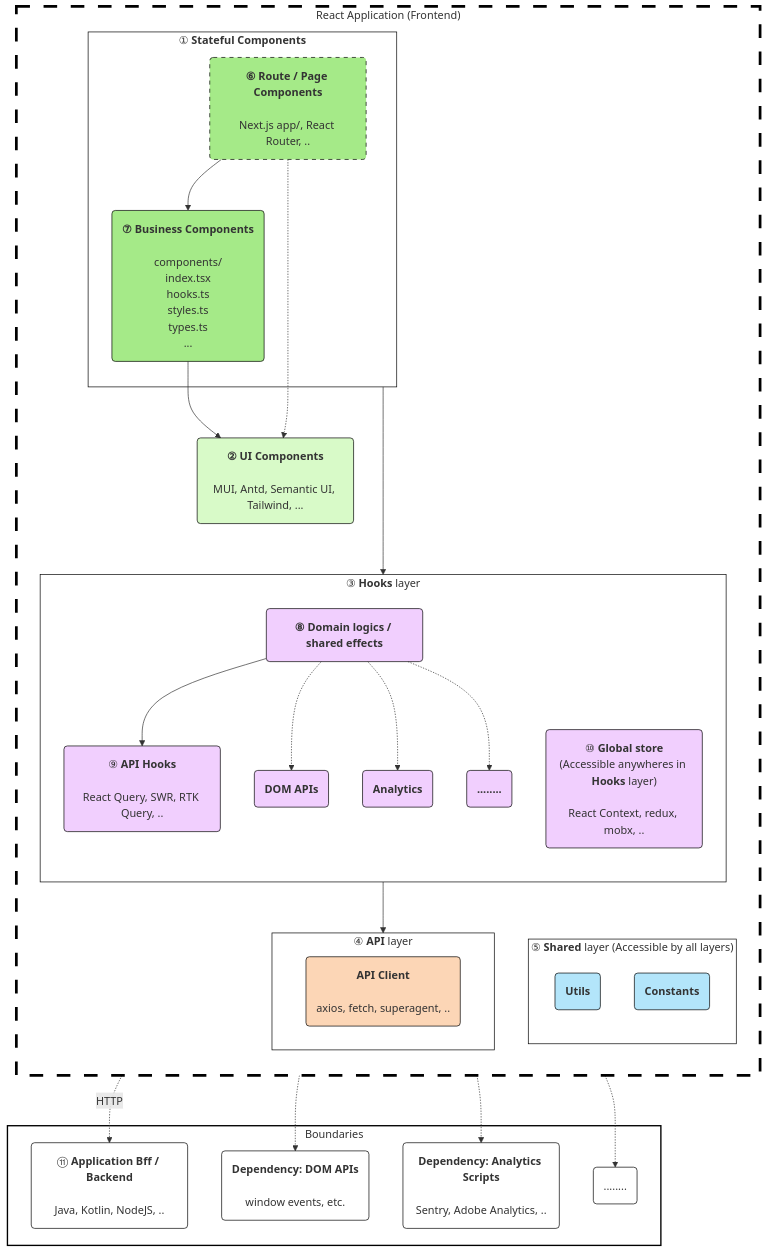
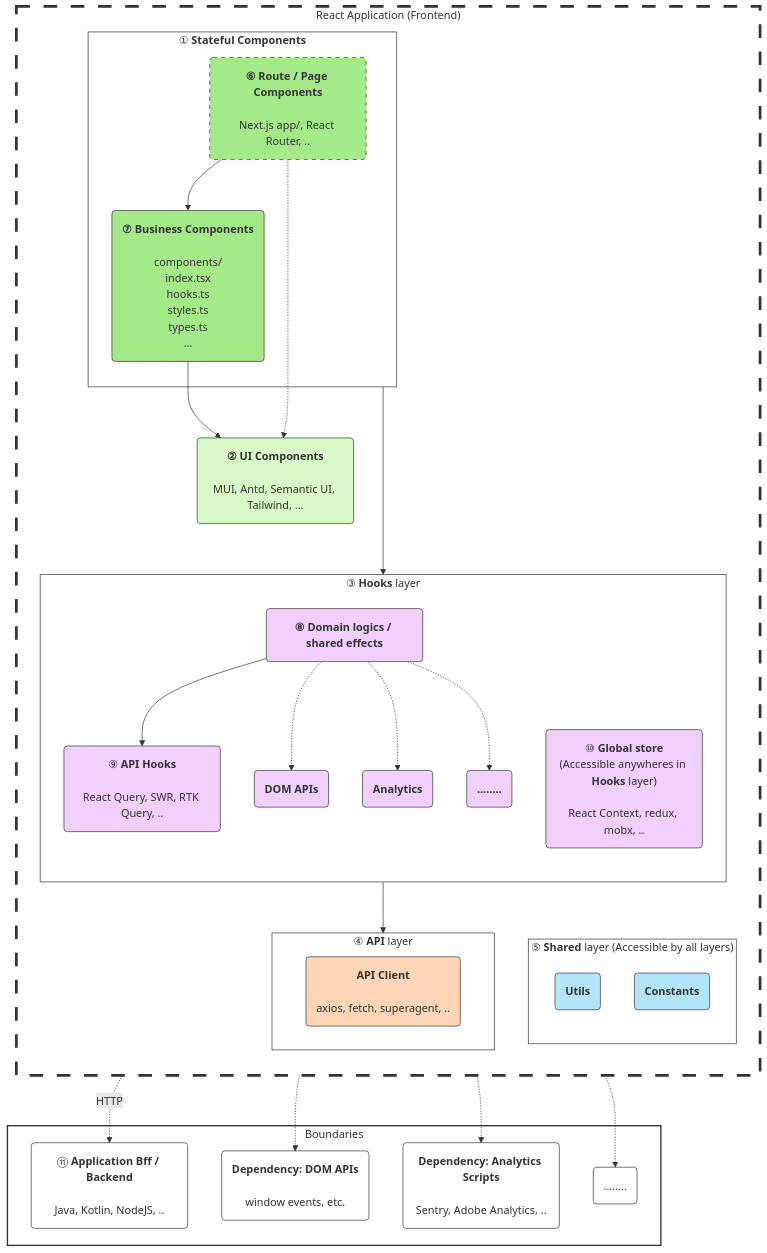
Before and after one commit to EthanLin-TWer/blog: the second of 4 diagrams in _posts/2023-12-10-react-unit-testing-best-practices.md, drawn with Mermaid. The commit also changed other lines of this file, not shown here.

Commit message:
🌞post: update testing strategy architecture

```diff
--- a/_posts/2023-12-10-react-unit-testing-best-practices.md
+++ b/_posts/2023-12-10-react-unit-testing-best-practices.md
@@ -138,31 +138,31 @@
   deps_analytics(<b>Dependency: Analytics Scripts</b><br/><br/>Sentry, Adobe Analytics, ..)
 
   %% styles - #D8FAC8 #A5EA88 #F1CFFE #B3E5FA #FCD6B6
-  style route_components stroke-dasharray: 6 6,stroke: #000
-  style app fill:#FFF,stroke: #000,stroke-dasharray: 20 20,stroke-width:4
-  style business_components fill:#A5EA88,stroke: #000
-  style route_components fill:#A5EA88,stroke: #000
-  style ui_components fill:#D8FAC8,stroke: #000
+  style route_components stroke-dasharray: 6 6,stroke: #333
+  style app fill:#FFF,stroke: #333,stroke-dasharray: 20 20,stroke-width:4
+  style business_components fill:#A5EA88,stroke: #333
+  style route_components fill:#A5EA88,stroke: #333
+  style ui_components fill:#D8FAC8,stroke: #333
   
-  style shared_hooks fill:#F1CFFE,stroke: #000
-  style api_hooks fill:#F1CFFE,stroke: #000
-  style dom_hooks fill:#F1CFFE,stroke: #000
-  style analytics_hooks fill:#F1CFFE,stroke: #000
-  style global_store fill:#F1CFFE,stroke: #000
-  style etc_hooks fill:#F1CFFE,stroke: #000
-  style api_client fill:#FCD6B6,stroke: #000
-  style utils fill:#B3E5FA,stroke: #000
-  style constants fill:#B3E5FA,stroke: #000
+  style shared_hooks fill:#F1CFFE,stroke: #333
+  style api_hooks fill:#F1CFFE,stroke: #333
+  style dom_hooks fill:#F1CFFE,stroke: #333
+  style analytics_hooks fill:#F1CFFE,stroke: #333
+  style global_store fill:#F1CFFE,stroke: #333
+  style etc_hooks fill:#F1CFFE,stroke: #333
+  style api_client fill:#FCD6B6,stroke: #333
+  style utils fill:#B3E5FA,stroke: #333
+  style constants fill:#B3E5FA,stroke: #333
 
-  style stateful_components fill:#FFF,stroke: #000
-  style hooks_layer fill:#FFF,stroke: #000
-  style shared_layer fill:#FFF,stroke: #000
-  style api_layer fill:#FFF,stroke: #000
-  style boundaries fill:#FFF,stroke: #000,stroke-width:2
-  style bff fill:#FFF,stroke: #000
-  style deps_dom_apis fill:#FFF,stroke: #000
-  style deps_analytics fill:#FFF,stroke: #000
-  style deps_others fill:#FFF,stroke: #000
+  style stateful_components fill:#FFF,stroke: #333
+  style hooks_layer fill:#FFF,stroke: #333
+  style shared_layer fill:#FFF,stroke: #333
+  style api_layer fill:#FFF,stroke: #333
+  style boundaries fill:#FFF,stroke: #333,stroke-width:2
+  style bff fill:#FFF,stroke: #333
+  style deps_dom_apis fill:#FFF,stroke: #333
+  style deps_analytics fill:#FFF,stroke: #333
+  style deps_others fill:#FFF,stroke: #333
   
   %% start: components & connections
   subgraph app ["React Application (Frontend)"];
```
